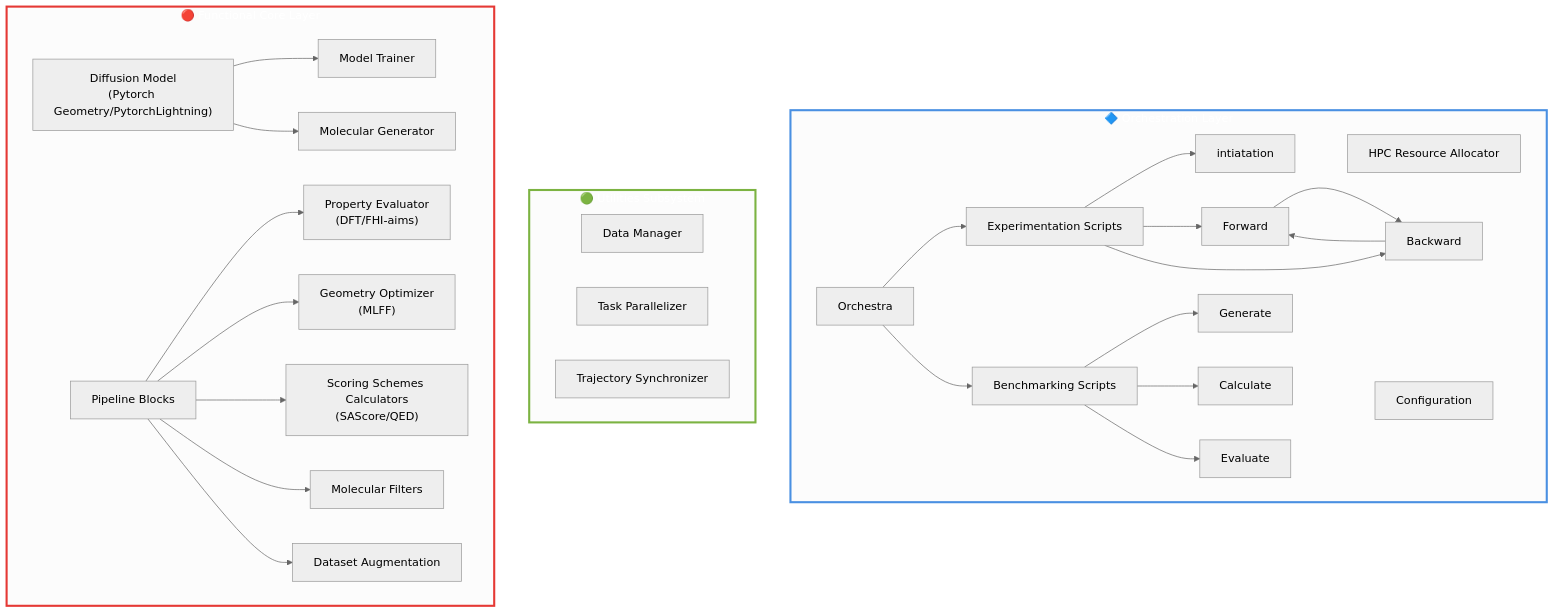
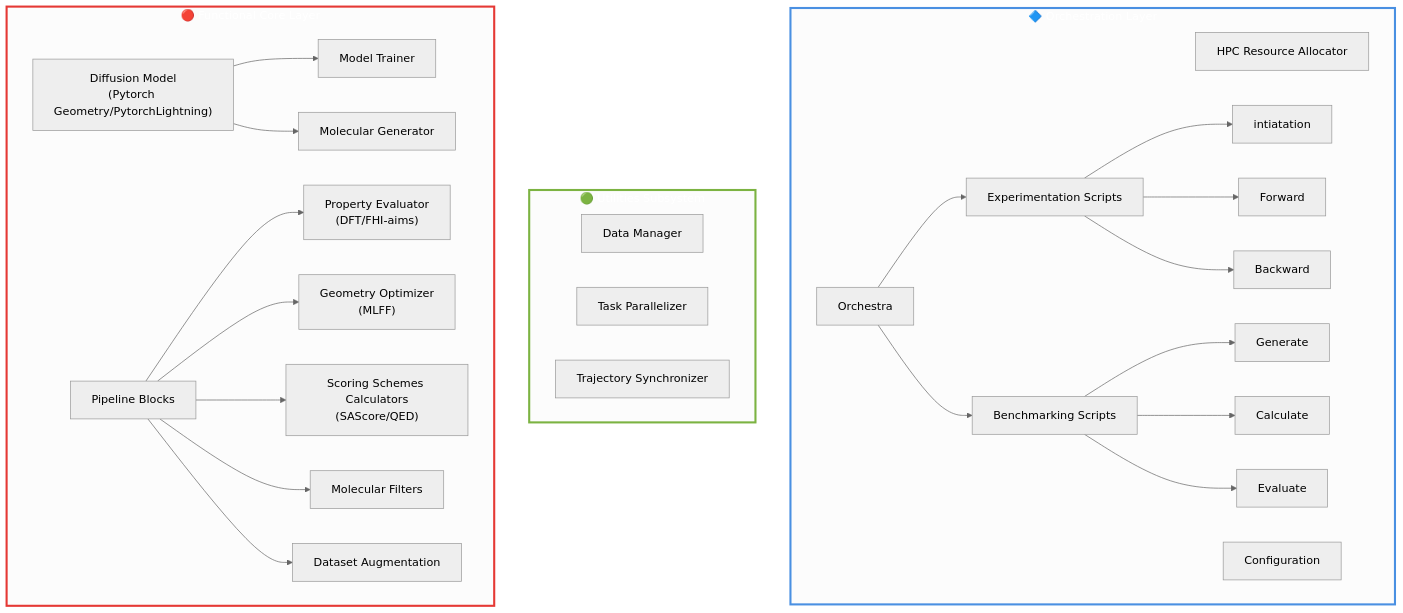
Before and after one commit to lmedranos/qalpa: the second of 2 diagrams in README.md, drawn with Mermaid (neutral theme).

````diff
--- a/README.md
+++ b/README.md
@@ -102,58 +102,56 @@
 ```mermaid
 graph TB
     subgraph orchestration["🔷 Orchestration Layer"]
         hpc["HPC Resource Allocator"]
         config["Configuration"]
         orc["Orchestra"]
         Expsc["Experimentation Scripts"]
         initsc["intiatation"]
         forsc["Forward"]
         bacsc["Backward"]
         Evalsc["Benchmarking Scripts"]
         gensc["Generate"]
         calsc["Calculate"]
         evalsc["Evaluate"]
 
     end
 
     Expsc --> initsc
     Expsc --> forsc
     Expsc --> bacsc
     Evalsc --> gensc
     Evalsc --> calsc
     Evalsc --> evalsc
     orc --> Expsc
     orc --> Evalsc
-    forsc --> bacsc
-    bacsc --> forsc
    
 
     subgraph utilities["🟢 Utilities Subsystem"]
         data["Data Manager"]
         parallel["Task Parallelizer"]
         sync["Trajectory Synchronizer"]
     end
     
     subgraph functional["🔴 Functional Core Layer"]
         Diff["Diffusion Model<br/>(Pytorch Geometry/PytorchLightning)"]
         train["Model Trainer"]
         gen["Molecular Generator"]
         Pipeb["Pipeline Blocks"]
         eval["Property Evaluator<br/>(DFT/FHI-aims)"]
         opt["Geometry Optimizer<br/>(MLFF)"]
         sco["Scoring Schemes Calculators<br/>(SAScore/QED)"]
         sel["Molecular Filters"]
         Aug["Dataset Augmentation"]
     end
     Diff --> train
     Diff --> gen
     Pipeb --> eval
     Pipeb --> opt
     Pipeb --> sco
     Pipeb --> sel
     Pipeb --> Aug
     
     style orchestration stroke:#4A90E2,stroke-width:3px,color:#fff
     style utilities stroke:#7CB342,stroke-width: 3px,color:#fff
     style functional stroke:#E53935,stroke-width:3px,color:#fff
 ```
````
